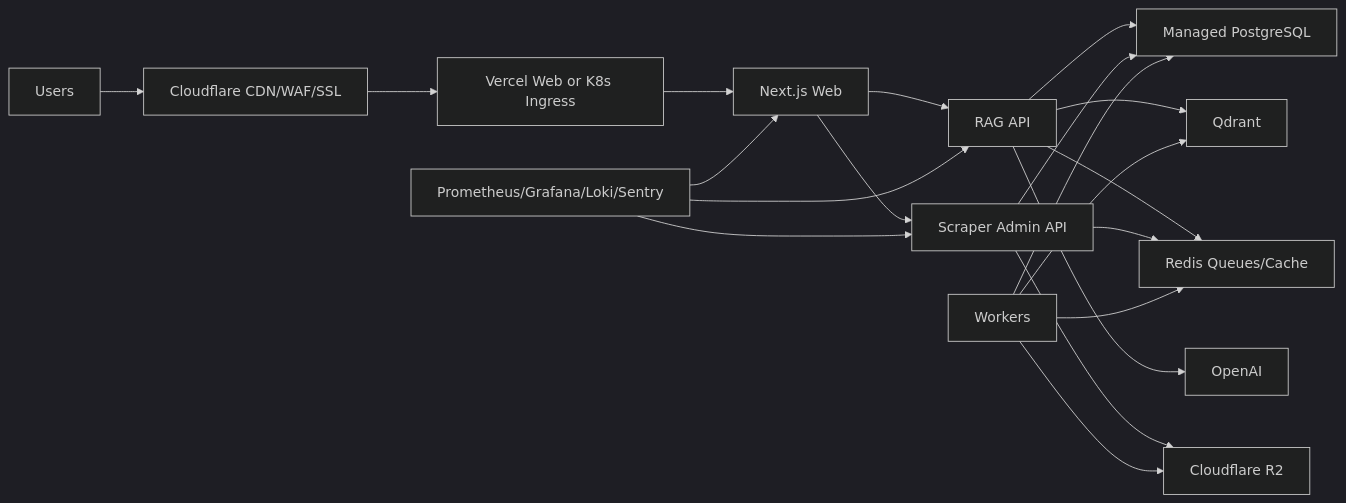
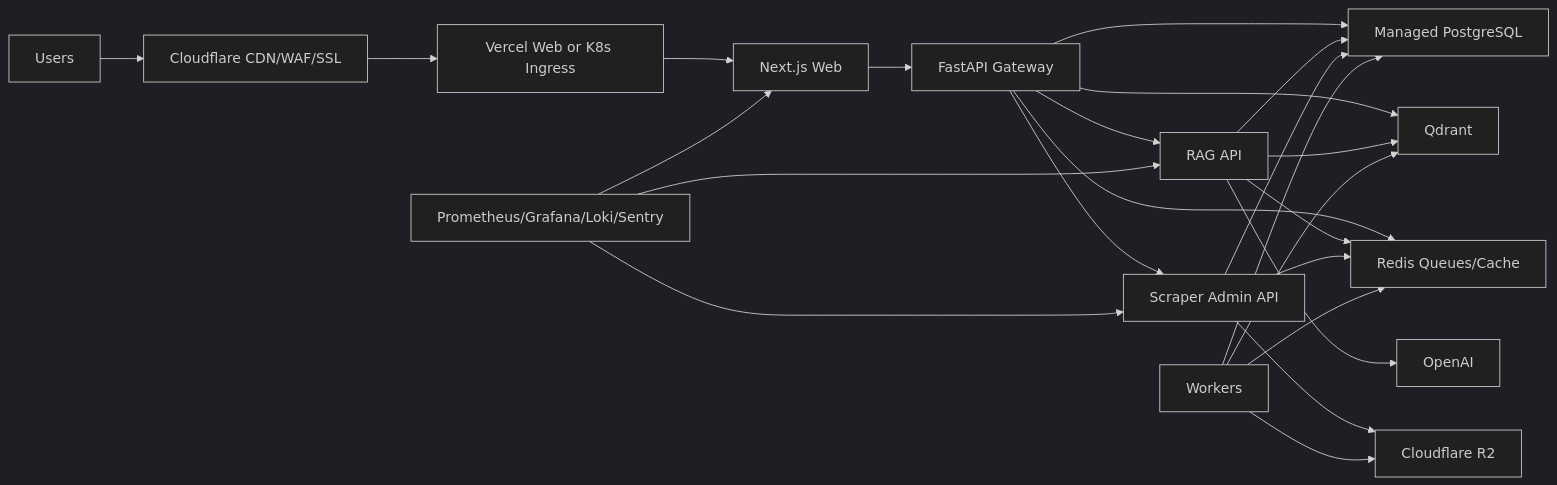
One commit to Nehorpy-cpu/gospel-library-ia changed the first of 2 diagrams in docs/DEVOPS_ARCHITECTURE.md. Above: the diagram before and after it, drawn with Mermaid (dark theme). The commit also changed other lines of this file and 18 other files, not shown here.

````diff
--- a/docs/DEVOPS_ARCHITECTURE.md
+++ b/docs/DEVOPS_ARCHITECTURE.md
@@ -51,22 +53,26 @@
 ```mermaid
 flowchart LR
   U["Users"] --> CF["Cloudflare CDN/WAF/SSL"]
   CF --> V["Vercel Web or K8s Ingress"]
   V --> W["Next.js Web"]
-  W --> RAG["RAG API"]
-  W --> SCR["Scraper Admin API"]
+  W --> API["FastAPI Gateway"]
+  API --> RAG["RAG API"]
+  API --> SCR["Scraper Admin API"]
+  API --> PG
+  API --> QD
+  API --> REDIS
   RAG --> PG["Managed PostgreSQL"]
   RAG --> QD["Qdrant"]
   RAG --> REDIS["Redis Queues/Cache"]
   RAG --> OAI["OpenAI"]
   SCR --> PG
   SCR --> REDIS
   SCR --> R2["Cloudflare R2"]
   WORK["Workers"] --> REDIS
   WORK --> PG
   WORK --> QD
   WORK --> R2
   OBS["Prometheus/Grafana/Loki/Sentry"] --> W
   OBS --> RAG
   OBS --> SCR
 ```
````
